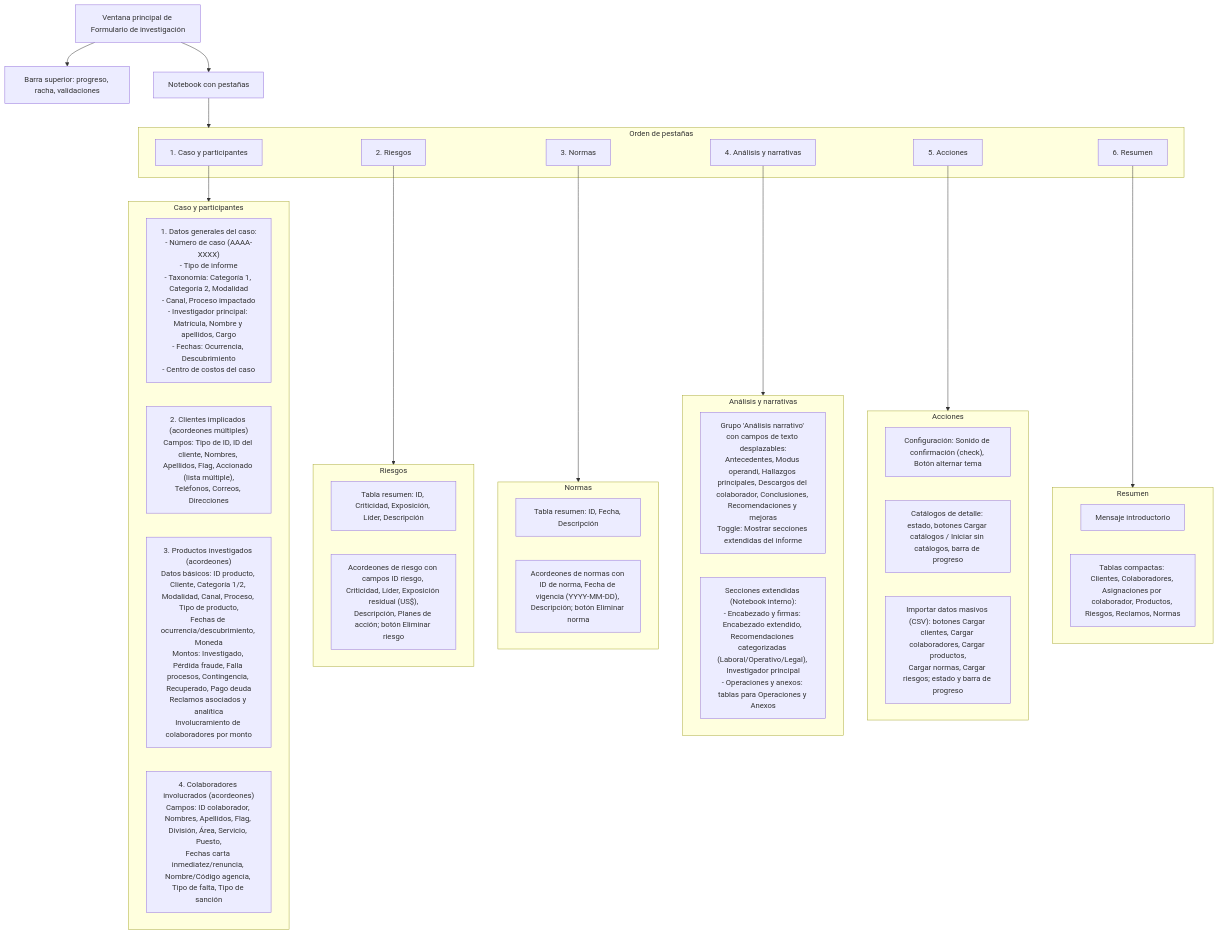
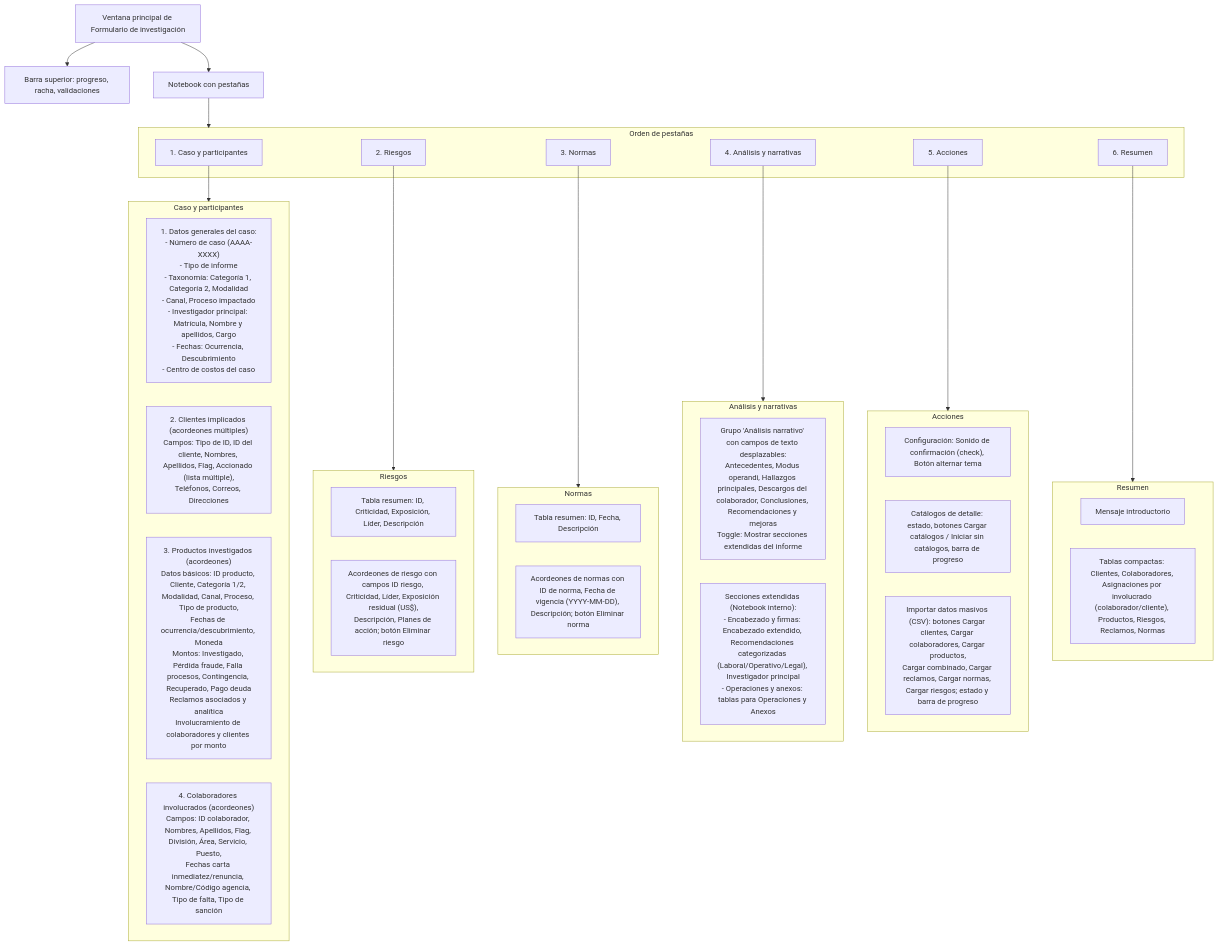
One commit to PillB/Formulario_investigacion changed the diagram in wireframes/layout_hierarchy.mmd. Above: the diagram before and after it, drawn with Mermaid. The commit also changed 9 other files, not shown here.

Commit message:
Update diagrams and fix historical export headers

```diff
--- a/wireframes/layout_hierarchy.mmd
+++ b/wireframes/layout_hierarchy.mmd
@@ -1,55 +1,55 @@
 flowchart TB
     root["Ventana principal de Formulario de investigación"]
     header["Barra superior: progreso, racha, validaciones"]
     nb["Notebook con pestañas"]
     root --> header
     root --> nb
 
     subgraph tabs["Orden de pestañas"]
         main_tab["1. Caso y participantes"]
         risk_tab["2. Riesgos"]
         norm_tab["3. Normas"]
         analysis_tab["4. Análisis y narrativas"]
         actions_tab["5. Acciones"]
         summary_tab["6. Resumen"]
     end
     nb --> tabs
 
     subgraph main_tab_sections["Caso y participantes"]
         case_section["1. Datos generales del caso:\n- Número de caso (AAAA-XXXX)\n- Tipo de informe\n- Taxonomía: Categoría 1, Categoría 2, Modalidad\n- Canal, Proceso impactado\n- Investigador principal: Matrícula, Nombre y apellidos, Cargo\n- Fechas: Ocurrencia, Descubrimiento\n- Centro de costos del caso"]
         clients_section["2. Clientes implicados (acordeones múltiples)\nCampos: Tipo de ID, ID del cliente, Nombres, Apellidos, Flag, Accionado (lista múltiple),\nTeléfonos, Correos, Direcciones"]
-        products_section["3. Productos investigados (acordeones)\nDatos básicos: ID producto, Cliente, Categoría 1/2, Modalidad, Canal, Proceso, Tipo de producto,\nFechas de ocurrencia/descubrimiento, Moneda\nMontos: Investigado, Pérdida fraude, Falla procesos, Contingencia, Recuperado, Pago deuda\nReclamos asociados y analítica\nInvolucramiento de colaboradores por monto"]
+        products_section["3. Productos investigados (acordeones)\nDatos básicos: ID producto, Cliente, Categoría 1/2, Modalidad, Canal, Proceso, Tipo de producto,\nFechas de ocurrencia/descubrimiento, Moneda\nMontos: Investigado, Pérdida fraude, Falla procesos, Contingencia, Recuperado, Pago deuda\nReclamos asociados y analítica\nInvolucramiento de colaboradores y clientes por monto"]
         team_section["4. Colaboradores involucrados (acordeones)\nCampos: ID colaborador, Nombres, Apellidos, Flag, División, Área, Servicio, Puesto,\nFechas carta inmediatez/renuncia, Nombre/Código agencia, Tipo de falta, Tipo de sanción"]
     end
     main_tab --> main_tab_sections
 
     subgraph risk_tab_sections["Riesgos"]
         risk_header["Tabla resumen: ID, Criticidad, Exposición, Líder, Descripción"]
         risk_forms["Acordeones de riesgo con campos ID riesgo, Criticidad, Líder, Exposición residual (US$),\nDescripción, Planes de acción; botón Eliminar riesgo"]
     end
     risk_tab --> risk_tab_sections
 
     subgraph norm_tab_sections["Normas"]
         norm_header["Tabla resumen: ID, Fecha, Descripción"]
         norm_forms["Acordeones de normas con ID de norma, Fecha de vigencia (YYYY-MM-DD), Descripción; botón Eliminar norma"]
     end
     norm_tab --> norm_tab_sections
 
     subgraph analysis_tab_sections["Análisis y narrativas"]
         analysis_main["Grupo 'Análisis narrativo' con campos de texto desplazables:\nAntecedentes, Modus operandi, Hallazgos principales, Descargos del colaborador, Conclusiones, Recomendaciones y mejoras\nToggle: Mostrar secciones extendidas del informe"]
         analysis_extended["Secciones extendidas (Notebook interno):\n- Encabezado y firmas: Encabezado extendido, Recomendaciones categorizadas (Laboral/Operativo/Legal), Investigador principal\n- Operaciones y anexos: tablas para Operaciones y Anexos"]
     end
     analysis_tab --> analysis_tab_sections
 
     subgraph actions_tab_sections["Acciones"]
         actions_header["Configuración: Sonido de confirmación (check), Botón alternar tema"]
         catalogs["Catálogos de detalle: estado, botones Cargar catálogos / Iniciar sin catálogos, barra de progreso"]
-        imports["Importar datos masivos (CSV): botones Cargar clientes, Cargar colaboradores, Cargar productos,\nCargar normas, Cargar riesgos; estado y barra de progreso"]
+        imports["Importar datos masivos (CSV): botones Cargar clientes, Cargar colaboradores, Cargar productos,\nCargar combinado, Cargar reclamos, Cargar normas, Cargar riesgos; estado y barra de progreso"]
     end
     actions_tab --> actions_tab_sections
 
     subgraph summary_tab_sections["Resumen"]
         summary_intro["Mensaje introductorio"]
-        summary_tables["Tablas compactas: Clientes, Colaboradores, Asignaciones por colaborador, Productos, Riesgos, Reclamos, Normas"]
+        summary_tables["Tablas compactas: Clientes, Colaboradores, Asignaciones por involucrado (colaborador/cliente), Productos, Riesgos, Reclamos, Normas"]
     end
     summary_tab --> summary_tab_sections
```
